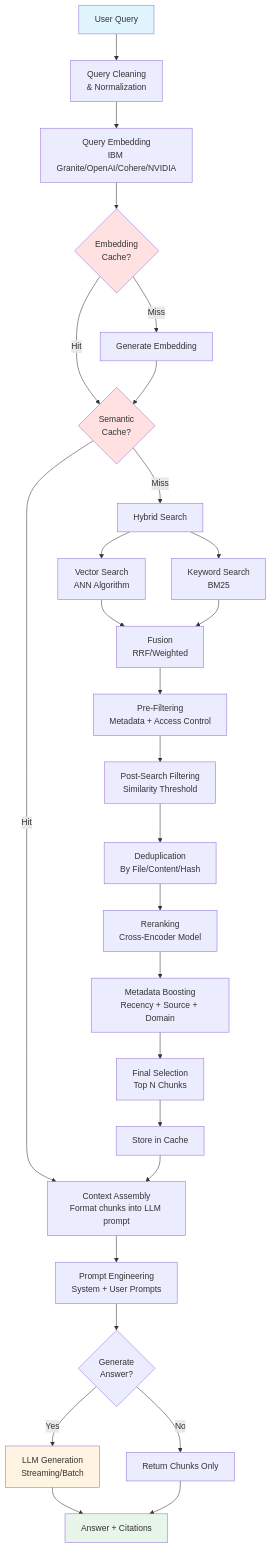
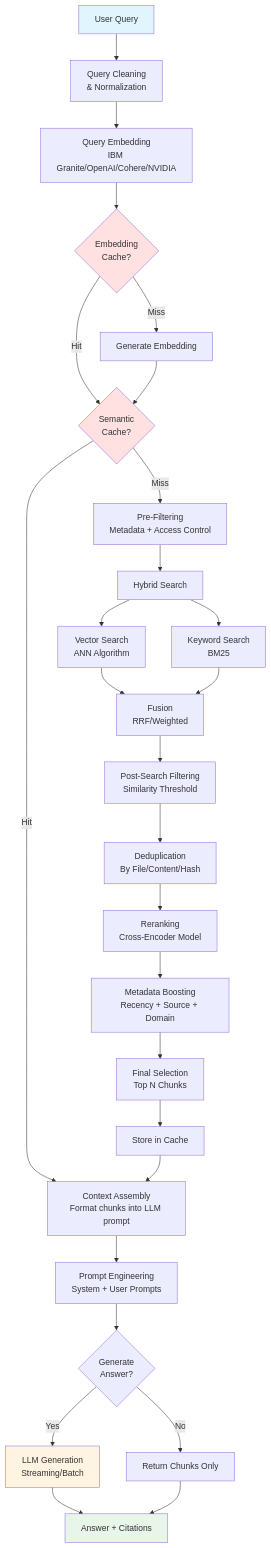
The second of 5 diagrams in Enterprise_RAG_Architecture_Guide.md (pravinbhat/pravinbhat.github.io), drawn with Mermaid before and after one commit. The commit also changed other lines of this file, not shown here.

Commit message:
Ordered hybrid search correctly & updated content

````diff
--- a/Enterprise_RAG_Architecture_Guide.md
+++ b/Enterprise_RAG_Architecture_Guide.md
@@ -549,38 +522,38 @@
 ```mermaid
 graph TD
     A[User Query] --> B[Query Cleaning<br/>& Normalization]
     B --> C[Query Embedding<br/>IBM Granite/OpenAI/Cohere/NVIDIA]
     C --> D{Embedding<br/>Cache?}
     D -->|Hit| E{Semantic<br/>Cache?}
     D -->|Miss| C1[Generate Embedding]
     C1 --> E
     E -->|Hit| M[Context Assembly<br/>Format chunks into LLM prompt]
-    E -->|Miss| F[Hybrid Search]
+    E -->|Miss| F[Pre-Filtering<br/>Metadata + Access Control]
     
-    F --> G[Vector Search<br/>ANN Algorithm]
-    F --> H[Keyword Search<br/>BM25]
+    F --> G[Hybrid Search]
+    G --> H[Vector Search<br/>ANN Algorithm]
+    G --> I[Keyword Search<br/>BM25]
     
-    G --> I[Fusion<br/>RRF/Weighted]
-    H --> I
+    H --> J[Fusion<br/>RRF/Weighted]
+    I --> J
     
-    I --> J[Pre-Filtering<br/>Metadata + Access Control]
     J --> K[Post-Search Filtering<br/>Similarity Threshold]
     K --> L[Deduplication<br/>By File/Content/Hash]
     L --> N[Reranking<br/>Cross-Encoder Model]
     N --> O[Metadata Boosting<br/>Recency + Source + Domain]
     O --> P[Final Selection<br/>Top N Chunks]
     P --> Q[Store in Cache]
     Q --> M
     M --> R[Prompt Engineering<br/>System + User Prompts]
     R --> S{Generate<br/>Answer?}
     S -->|Yes| T[LLM Generation<br/>Streaming/Batch]
     S -->|No| U[Return Chunks Only]
     T --> V[Answer + Citations]
     U --> V
     
     style A fill:#e1f5ff
     style V fill:#e8f5e9
     style D fill:#ffe1e1
     style E fill:#ffe1e1
     style T fill:#fff4e1
 ```
````
